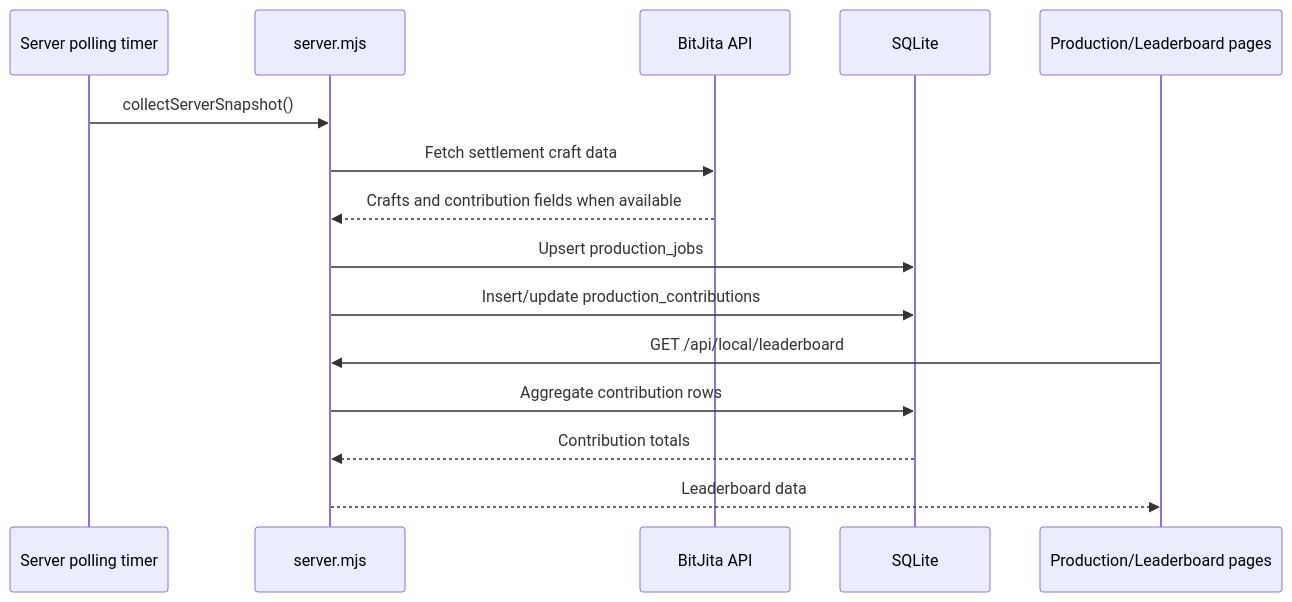
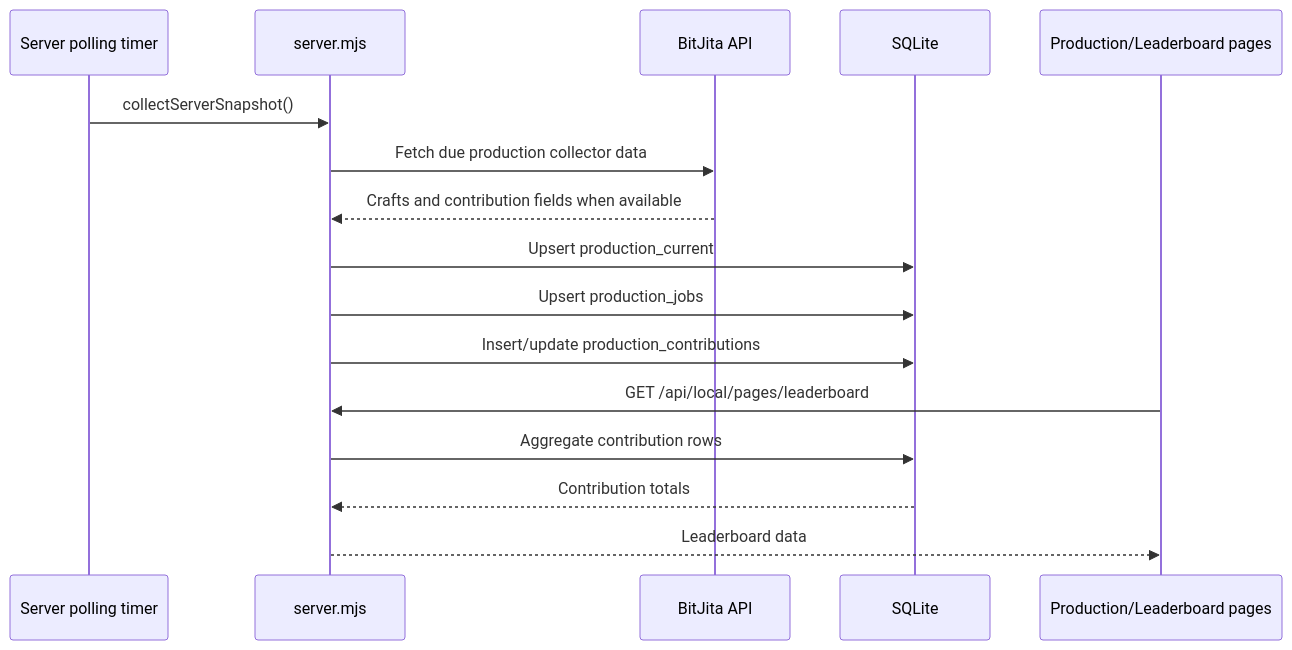
The fourth of 6 diagrams in docs/application-overview.md (Red463/bitcraft-claim-monitor), drawn with Mermaid before and after one commit. The commit also changed other lines of this file and 11 other files, not shown here.

````diff
--- a/docs/application-overview.md
+++ b/docs/application-overview.md
@@ -398,18 +397,19 @@
 ```mermaid
 sequenceDiagram
   participant Timer as Server polling timer
   participant S as server.mjs
   participant J as BitJita API
   participant D as SQLite
   participant UI as Production/Leaderboard pages
 
   Timer->>S: collectServerSnapshot()
-  S->>J: Fetch settlement craft data
+  S->>J: Fetch due production collector data
   J-->>S: Crafts and contribution fields when available
+  S->>D: Upsert production_current
   S->>D: Upsert production_jobs
   S->>D: Insert/update production_contributions
-  UI->>S: GET /api/local/leaderboard
+  UI->>S: GET /api/local/pages/leaderboard
   S->>D: Aggregate contribution rows
   D-->>S: Contribution totals
   S-->>UI: Leaderboard data
 ```
````
